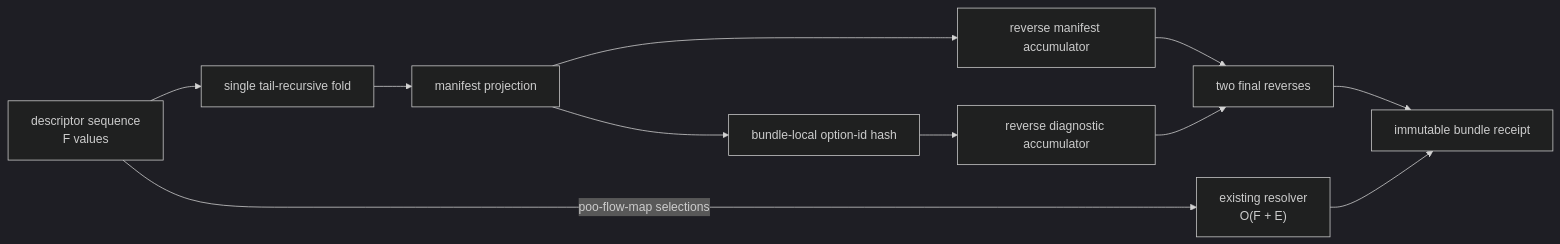
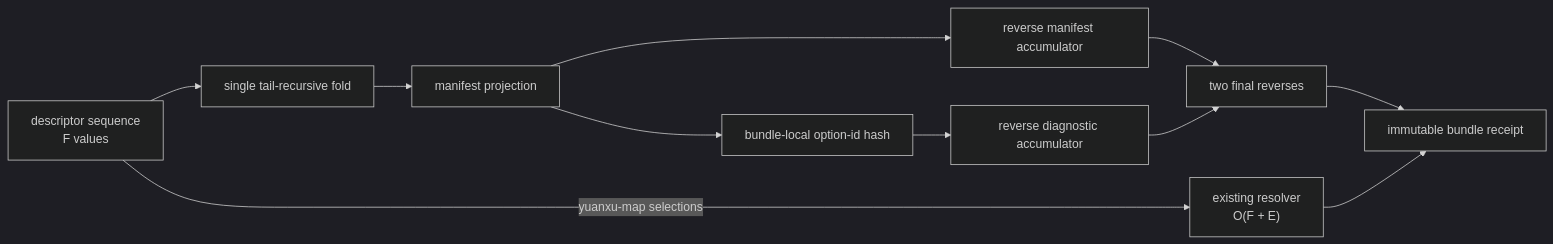
Before and after one commit to tao3k/gebril-yuanxu: the third of 4 diagrams in module-system/design/137-immutable-feature-manifest-bundles.org, drawn with Mermaid (dark theme). The commit also changed other lines of this file and 994 other files, not shown here.

```diff
--- a/module-system/design/137-immutable-feature-manifest-bundles.org
+++ b/module-system/design/137-immutable-feature-manifest-bundles.org
@@ -162,23 +162,23 @@
 #+begin_src mermaid
 flowchart LR
     DS["descriptor sequence<br/>F values"]
     SF["single tail-recursive fold"]
     MP["manifest projection"]
     OI["bundle-local option-id hash"]
     MA["reverse manifest accumulator"]
     DA["reverse diagnostic accumulator"]
     RV["two final reverses"]
     RR["existing resolver<br/>O(F + E)"]
     BR["immutable bundle receipt"]
 
     DS --> SF
     SF --> MP
     MP --> MA
     MP --> OI
     OI --> DA
     MA --> RV
     DA --> RV
-    DS -->|"poo-flow-map selections"| RR
+    DS -->|"yuanxu-map selections"| RR
     RV --> BR
     RR --> BR
 #+end_src
```
